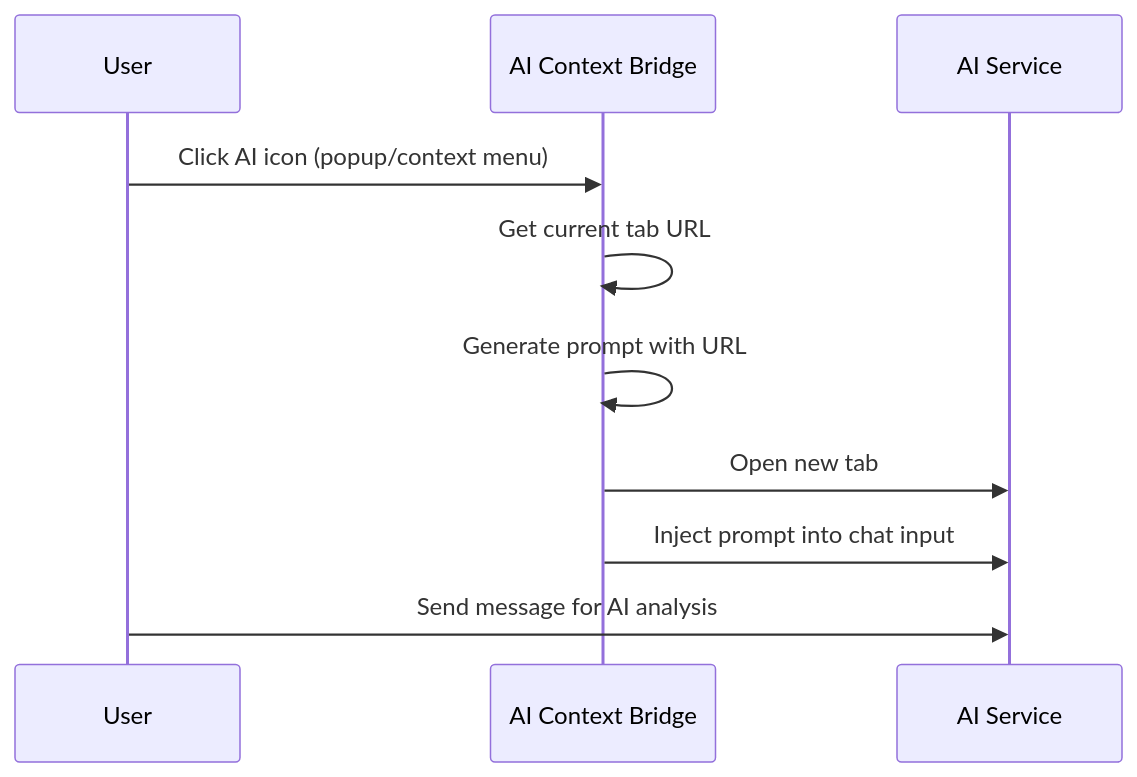
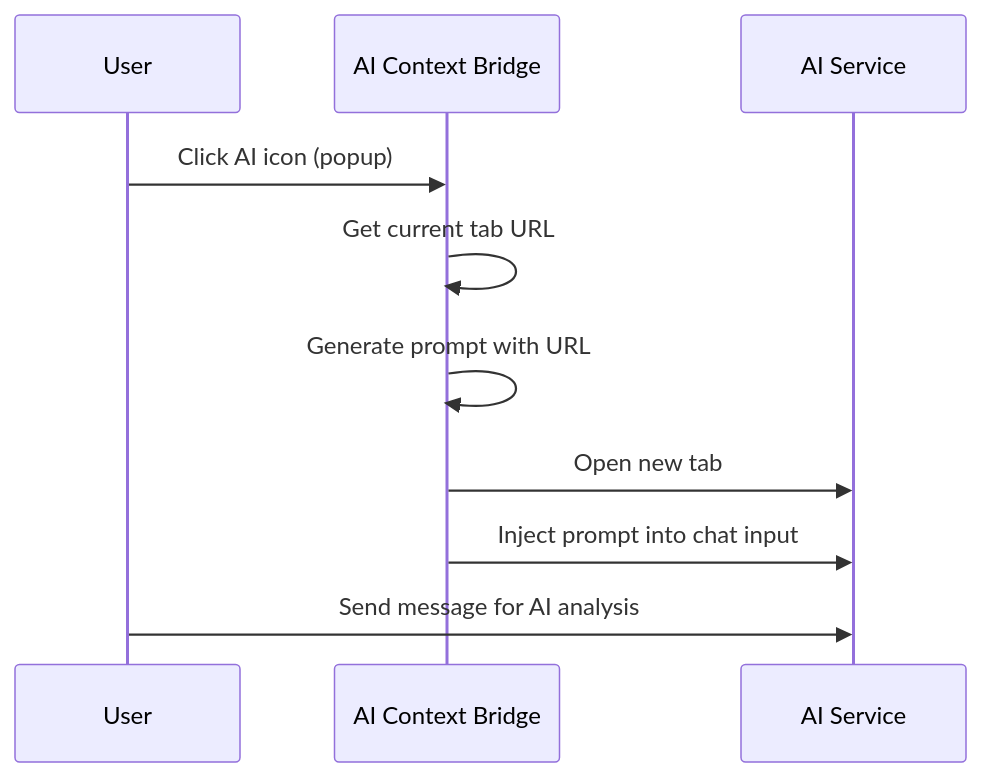
The diagram in README.md (huangli1279/linkfeed), drawn with Mermaid before and after one commit. The commit also changed other lines of this file and 4 other files, not shown here.

Commit message:
Refactor context menu integration and update documentation to remove context menu references

````diff
--- a/README.md
+++ b/README.md
@@ -24,13 +24,13 @@
 ```mermaid
 sequenceDiagram
     participant User
     participant Extension as AI Context Bridge
     participant AI as AI Service
 
-    User->>Extension: Click AI icon (popup/context menu)
+    User->>Extension: Click AI icon (popup)
     Extension->>Extension: Get current tab URL
     Extension->>Extension: Generate prompt with URL
     Extension->>AI: Open new tab
     Extension->>AI: Inject prompt into chat input
     User->>AI: Send message for AI analysis
 ```
````
